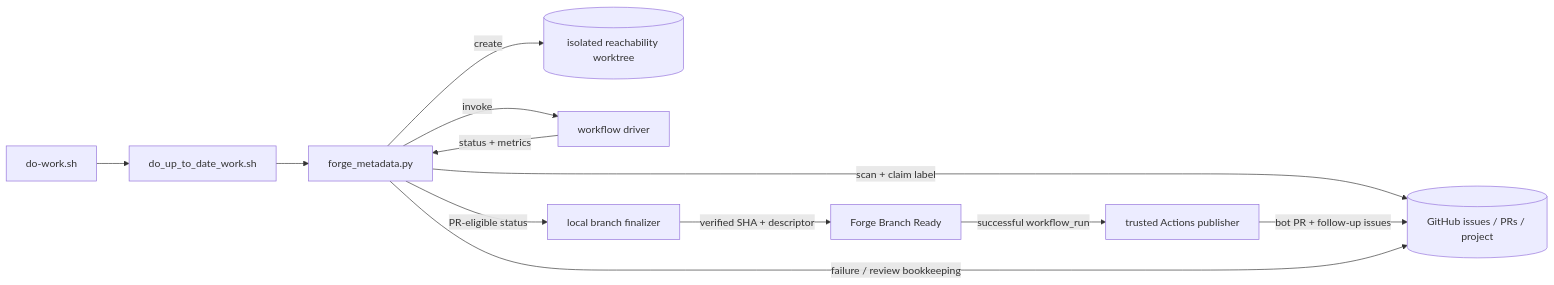
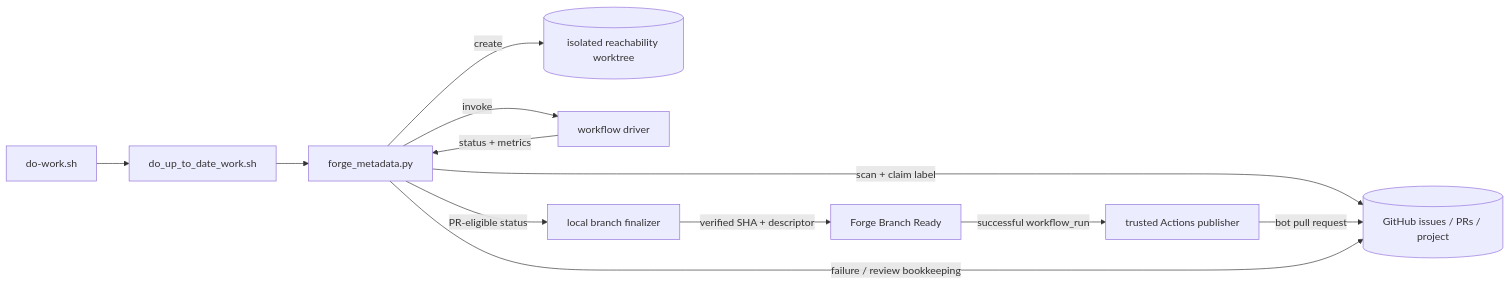
Before and after one commit to oracle/graalvm-reachability-metadata: the diagram in forge/docs/architecture/README.md, drawn with Mermaid. The commit also changed 1 other file, not shown here.

Commit message:
Align publication specs with the trimmed publisher

````diff
--- a/forge/docs/architecture/README.md
+++ b/forge/docs/architecture/README.md
@@ -67,23 +67,23 @@
 ```mermaid
 flowchart LR
     Wrapper["do-work.sh"]
     Worker["do_up_to_date_work.sh"]
     Dispatcher["forge_metadata.py"]
     GitHub[("GitHub issues / PRs / project")]
     Worktree[("isolated reachability worktree")]
     Entry["workflow driver"]
     Branch["local branch finalizer"]
     Ready["Forge Branch Ready"]
     Publisher["trusted Actions publisher"]
 
     Wrapper --> Worker --> Dispatcher
     Dispatcher -->|scan + claim label| GitHub
     Dispatcher -->|create| Worktree
     Dispatcher -->|invoke| Entry
     Entry -->|status + metrics| Dispatcher
     Dispatcher -->|PR-eligible status| Branch
     Branch -->|verified SHA + descriptor| Ready
     Ready -->|successful workflow_run| Publisher
-    Publisher -->|bot PR + follow-up issues| GitHub
+    Publisher -->|bot pull request| GitHub
     Dispatcher -->|failure / review bookkeeping| GitHub
 ```
````
